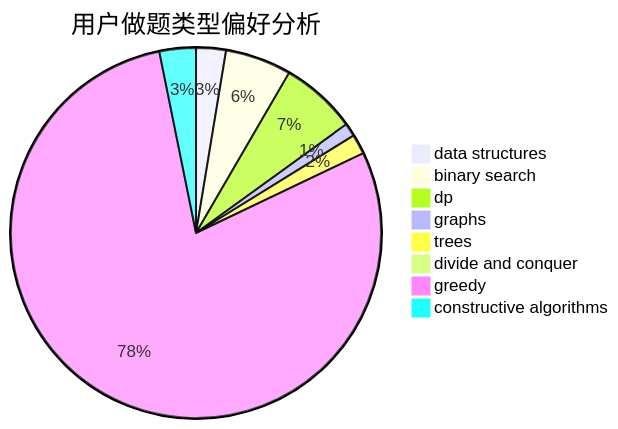
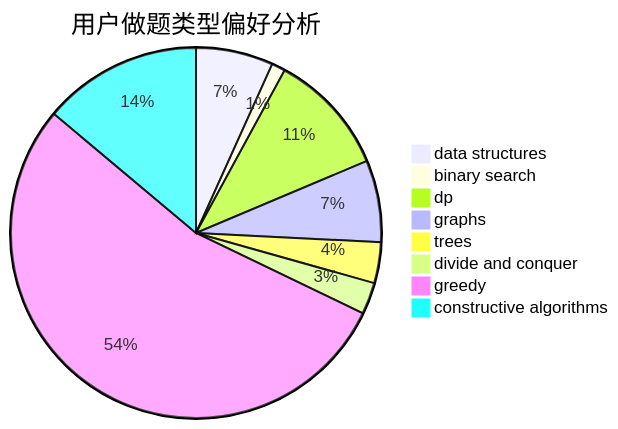
One commit to sherpahu/cfrs.github.io changed the second of 3 diagrams in docs/user/u1684.md. Above: the diagram before and after it, drawn with Mermaid. The commit also changed other lines of this file and 2770 other files, not shown here.

````diff
--- a/docs/user/u1684.md
+++ b/docs/user/u1684.md
@@ -23,11 +23,11 @@
 ```mermaid
 pie title 用户做题类型偏好分析
-    "data structures" :  9
-    "binary search" :  20
-    "dp" :  23
-    "graphs" :  4
-    "trees" :  6
-    "divide and conquer" :  3
-    "greedy" :  273
-    "constructive algorithms" :  11
+    "data structures" :  17
+    "binary search" :  3
+    "dp" :  27
+    "graphs" :  18
+    "trees" :  9
+    "divide and conquer" :  7
+    "greedy" :  136
+    "constructive algorithms" :  35
 ```
````
